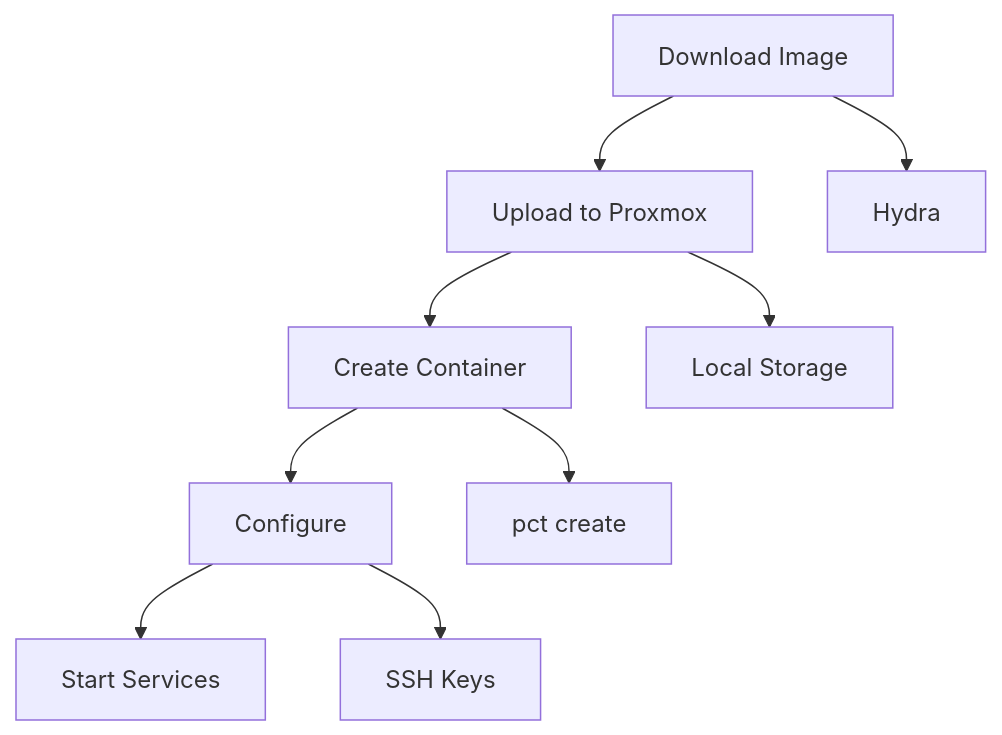
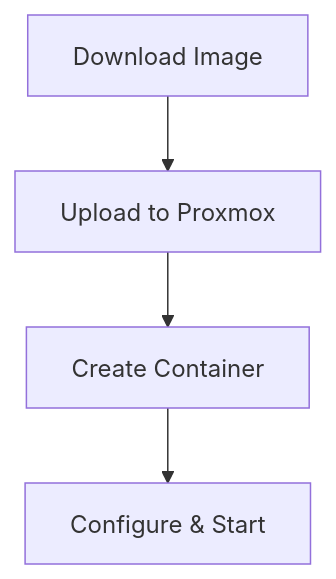
Before and after one commit to Hydepwns/nix-mox: the second of 6 diagrams in docs/guides/nixos-on-proxmox.md, drawn with Mermaid. The commit also changed other lines of this file and 145 other files, not shown here.

````diff
--- a/docs/guides/nixos-on-proxmox.md
+++ b/docs/guides/nixos-on-proxmox.md
@@ -28,12 +14,6 @@
 ```mermaid
 flowchart TD
     A[Download Image] --> B[Upload to Proxmox]
     B --> C[Create Container]
-    C --> D[Configure]
-    D --> E[Start Services]
-    
-    A --> A1[Hydra]
-    B --> B1[Local Storage]
-    C --> C1[pct create]
-    D --> D1[SSH Keys]
+    C --> D[Configure & Start]
 ```
````
